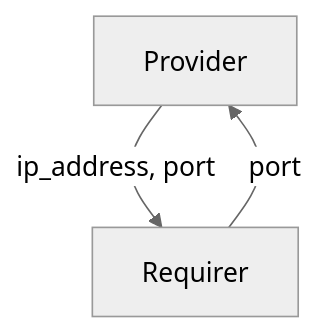
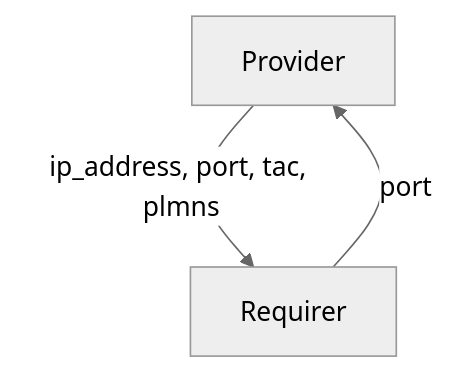
One commit to canonical/charm-relation-interfaces changed the diagram in interfaces/fiveg_f1/v0/README.md. Above: the diagram before and after it, drawn with Mermaid (neutral theme). The commit also changed other lines of this file and 7 other files, not shown here.

````diff
--- a/interfaces/fiveg_f1/v0/README.md
+++ b/interfaces/fiveg_f1/v0/README.md
@@ -11,5 +11,5 @@
 ```mermaid
 flowchart TD
-    Provider -- ip_address, port --> Requirer
+    Provider -- ip_address, port, tac, plmns --> Requirer
     Requirer -- port --> Provider
 ```
````
